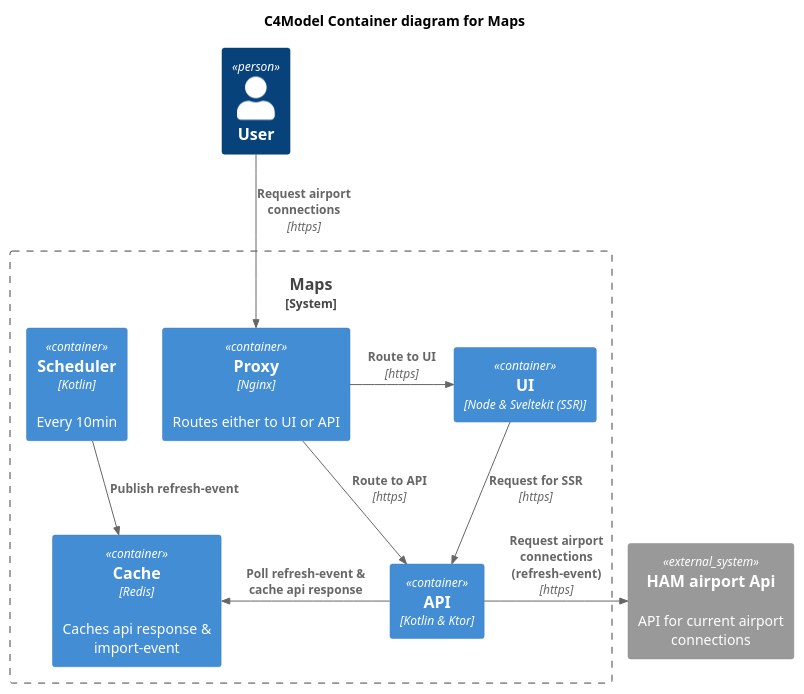
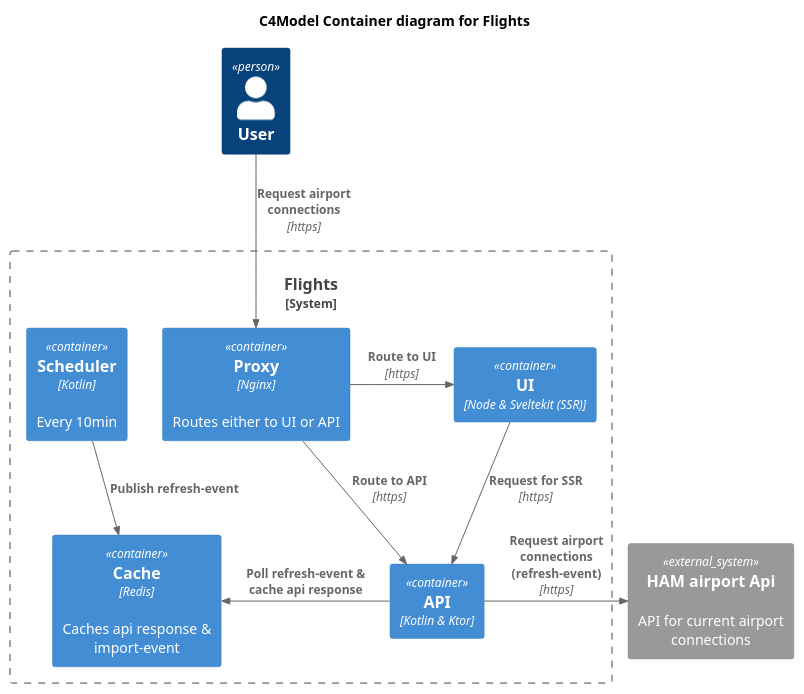
One commit to OskarWestmeijer/flights changed the diagram in docs/c4_container.puml. Above: the diagram before and after it, drawn with PlantUML. The commit also changed 35 other files, not shown here.

```diff
--- a/docs/c4_container.puml
+++ b/docs/c4_container.puml
@@ -1,28 +1,28 @@
 @startuml C4_Elements
 
 !include https://raw.githubusercontent.com/plantuml-stdlib/C4-PlantUML/master/C4_Container.puml
 
-title C4Model Container diagram for Maps
+title C4Model Container diagram for Flights
 
 Person(user, "User")
 
-System_Boundary(weatherSystem, "Maps") {
+System_Boundary(flightsSystem, "Flights") {
     Container(nginx_proxy, "Proxy", "Nginx", $descr="Routes either to UI or API")
-    Container(maps_api, "API", "Kotlin & Ktor")
-    Container(maps_scheduler, "Scheduler", "Kotlin", $descr="Every 10min")
-    Container(maps_cache, "Cache", "Redis", $descr="Caches api response & import-event")
-    Container(maps_ui, "UI", "Node & Sveltekit (SSR)")
+    Container(flights_api, "API", "Kotlin & Ktor")
+    Container(flights_scheduler, "Scheduler", "Kotlin", $descr="Every 10min")
+    Container(flights_cache, "Cache", "Redis", $descr="Caches api response & import-event")
+    Container(flights_ui, "UI", "Node & Sveltekit (SSR)")
 }
 System_Ext(ham_api, "HAM airport Api", "API for current airport connections")
 
 
 Rel(user, nginx_proxy, "Request airport connections", "https")
-Rel_R(nginx_proxy, maps_ui, "Route to UI", "https")
-Rel_D(nginx_proxy, maps_api, "Route to API", "https")
-Rel(maps_ui, maps_api, "Request for SSR", "https")
-Rel_L(maps_api, maps_cache, "Poll refresh-event & cache api response")
-Rel_D(maps_scheduler, maps_cache, "Publish refresh-event")
-Rel_R(maps_api, ham_api, "Request airport connections (refresh-event)", "https")
+Rel_R(nginx_proxy, flights_ui, "Route to UI", "https")
+Rel_D(nginx_proxy, flights_api, "Route to API", "https")
+Rel(flights_ui, flights_api, "Request for SSR", "https")
+Rel_L(flights_api, flights_cache, "Poll refresh-event & cache api response")
+Rel_D(flights_scheduler, flights_cache, "Publish refresh-event")
+Rel_R(flights_api, ham_api, "Request airport connections (refresh-event)", "https")
 
 LAYOUT_TOP_DOWN()
 @enduml
```
